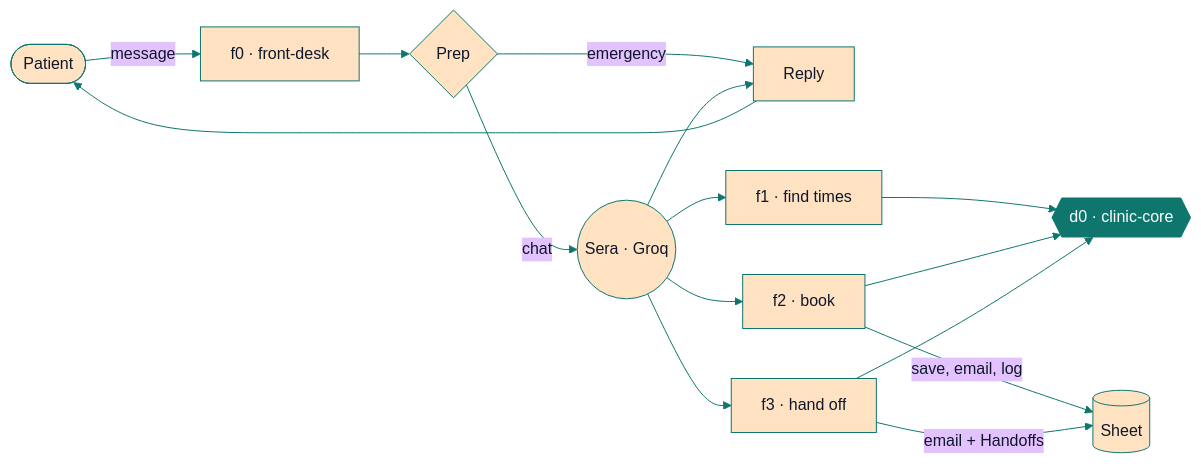
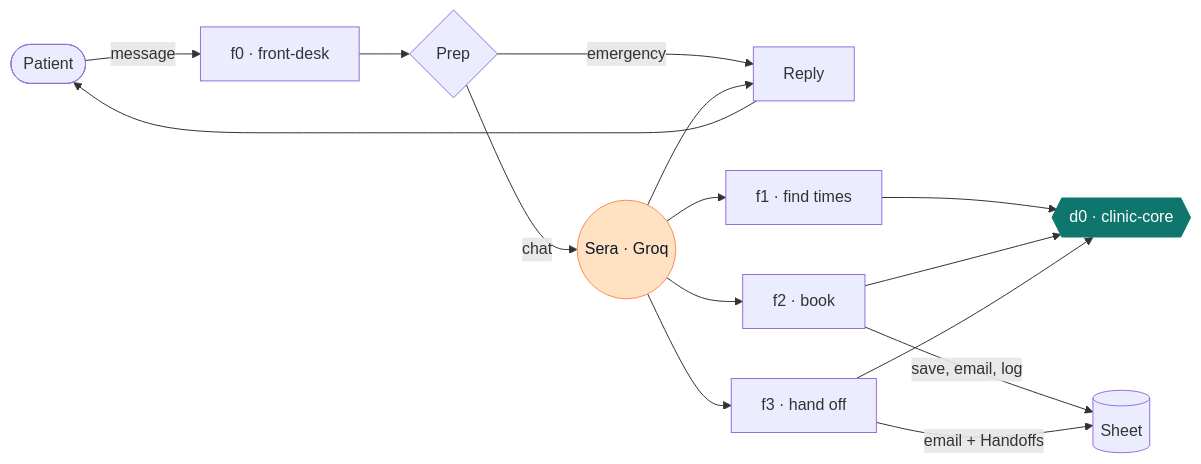
Before and after one commit to Mohib-Ur-Rehman-automation/clinic-booking-n8n: the second of 2 diagrams in README.md, drawn with Mermaid. The commit also changed other lines of this file and 4 other files, not shown here.

````diff
--- a/README.md
+++ b/README.md
@@ -244,15 +260,16 @@
 ```mermaid
-%%{init: {'theme':'base','themeVariables':{'primaryColor':'#FFE2C2','primaryTextColor':'#0F172A','primaryBorderColor':'#0F766E','lineColor':'#0F766E','clusterBkg':'#FFF6EC','clusterBorder':'#E8D9C6'}}}%%
 flowchart LR
-  P([Patient]) -->|message| F0[f0 · front-desk]
-  F0 --> PR{Prep}
-  PR -->|emergency| R[Reply]
-  PR -->|chat| N((Sera · Groq))
-  N --> T1[f1 · find times] & T2[f2 · book] & T3[f3 · hand off]
-  T1 & T2 & T3 --> D0{{d0 · clinic-core}}
+  P(["Patient"]) -->|"message"| F0["f0 · front-desk"]
+  F0 --> PR{"Prep"}
+  PR -->|"emergency"| R["Reply"]
+  PR -->|"chat"| N(("Sera · Groq"))
+  N --> T1["f1 · find times"] & T2["f2 · book"] & T3["f3 · hand off"]
+  T1 & T2 & T3 --> D0{{"d0 · clinic-core"}}
   N --> R --> P
-  T2 -->|save, email, log| S[(Sheet)]
-  T3 -->|email + Handoffs| S
+  T2 -->|"save, email, log"| S[("Sheet")]
+  T3 -->|"email + Handoffs"| S
   classDef core fill:#0F766E,color:#FFFFFF,stroke:#0F766E;
+  classDef sera fill:#FFE2C2,color:#0F172A,stroke:#FF8B5A;
   class D0 core
+  class N sera
 ```
````
